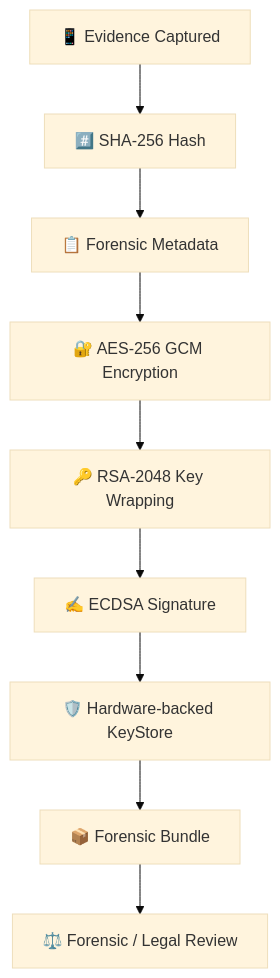
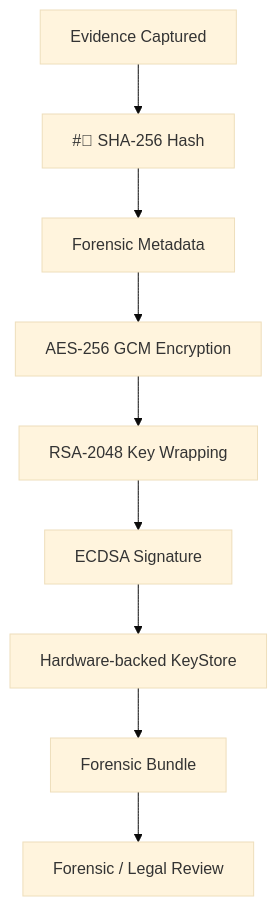
Before and after one commit to EVIDA-Project/EVIDA: the second of 4 diagrams in README.md, drawn with Mermaid (base theme). The commit also changed other lines of this file, not shown here.

````diff
--- a/README.md
+++ b/README.md
@@ -96,21 +92,21 @@
 ```mermaid
 flowchart TD
-    A["📱 Evidence Captured"]
-    B["#️⃣ SHA-256 Hash"]
-    C["📋 Forensic Metadata"]
-    D["🔐 AES-256 GCM Encryption"]
-    E["🔑 RSA-2048 Key Wrapping"]
-    F["✍️ ECDSA Signature"]
-    G["🛡️ Hardware-backed KeyStore"]
-    H["📦 Forensic Bundle"]
-    I["⚖️ Forensic / Legal Review"]
+ A[" Evidence Captured"]
+ B["#⃣ SHA-256 Hash"]
+ C[" Forensic Metadata"]
+ D[" AES-256 GCM Encryption"]
+ E[" RSA-2048 Key Wrapping"]
+ F[" ECDSA Signature"]
+ G[" Hardware-backed KeyStore"]
+ H[" Forensic Bundle"]
+ I[" Forensic / Legal Review"]
 
-    A --> B
-    B --> C
-    C --> D
-    D --> E
-    E --> F
-    F --> G
-    G --> H
-    H --> I
+ A --> B
+ B --> C
+ C --> D
+ D --> E
+ E --> F
+ F --> G
+ G --> H
+ H --> I
 ```
````
